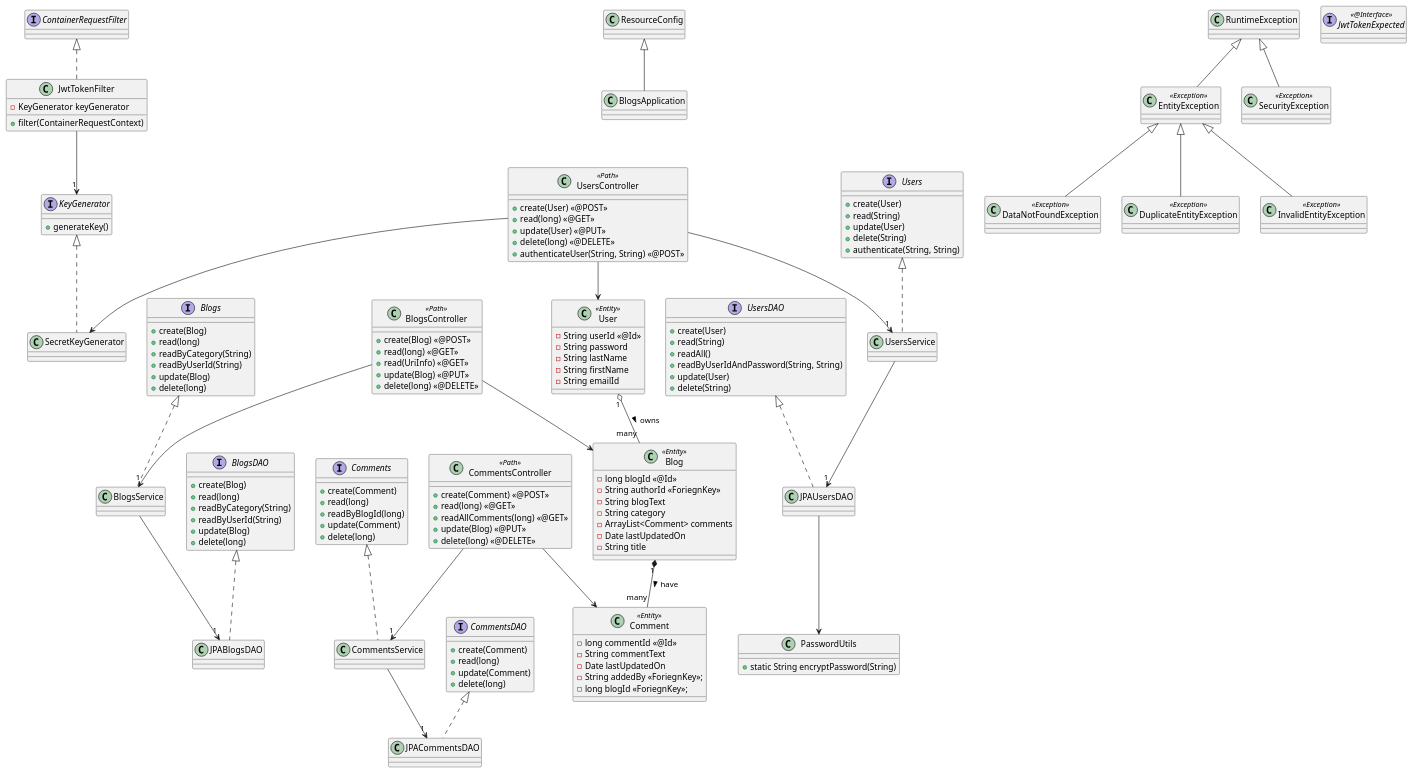
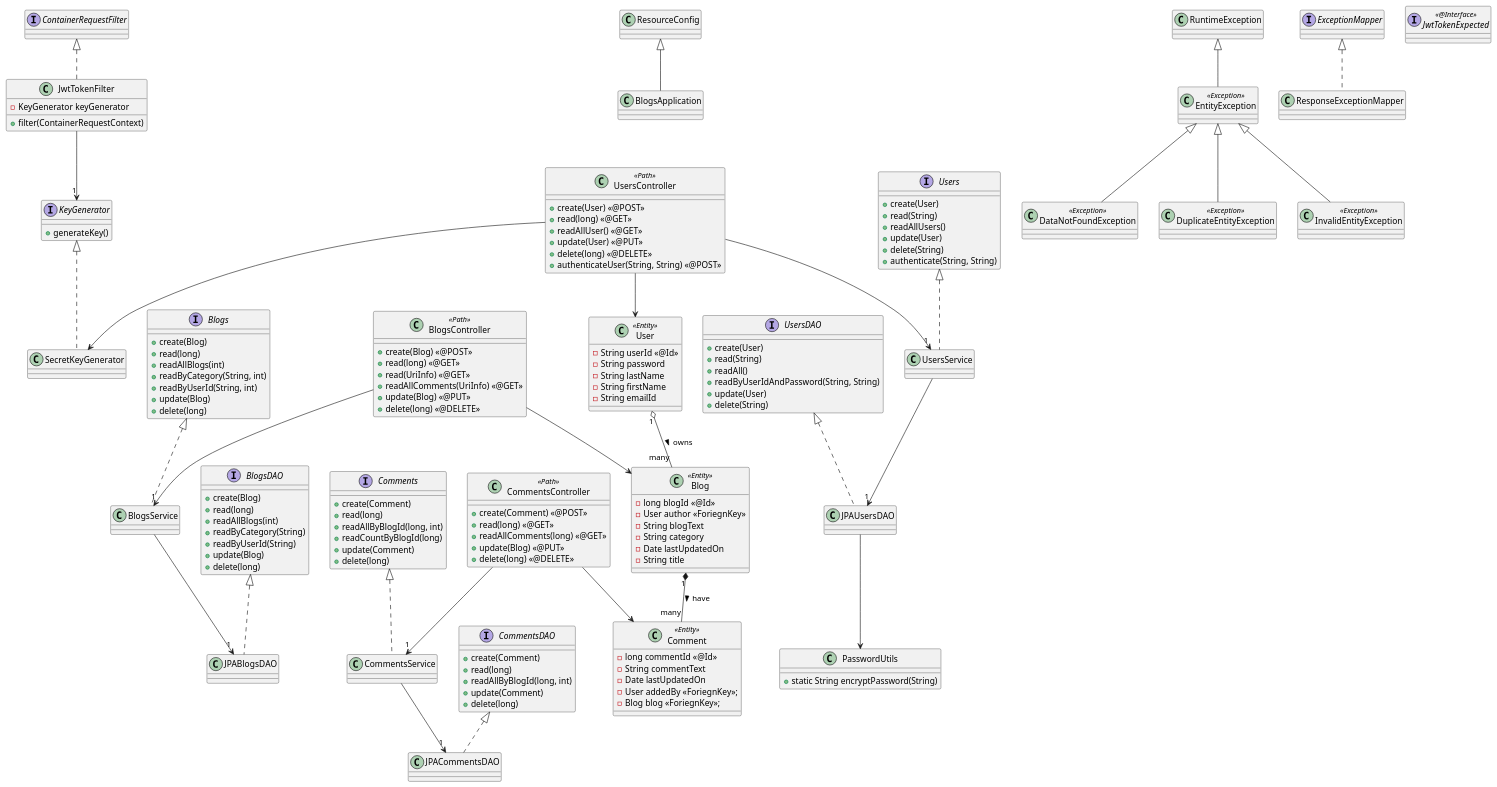
The diagram in cmad-blog/src/main/docs/uml/classes.puml (sankarprabhakar/cmad), drawn with PlantUML before and after one commit. The commit also changed 5 other files, not shown here.

Commit message:
arch diagram added

```diff
--- a/cmad-blog/src/main/docs/uml/classes.puml
+++ b/cmad-blog/src/main/docs/uml/classes.puml
@@ -1,183 +1,189 @@
 @startuml
 
 class Blog <<Entity>> {
  -long blogId <<@Id>>
- -String authorId <<ForiegnKey>>
+ -User author <<ForiegnKey>>
  -String blogText
  -String category
- -ArrayList<Comment> comments
  -Date lastUpdatedOn
  -String title
 }
 
 class User <<Entity>> {
  -String userId <<@Id>>
  -String password
  -String lastName
  -String firstName
  -String emailId
 }
 
 class Comment <<Entity>> {
  -long commentId <<@Id>>
  -String commentText
  -Date lastUpdatedOn
- -String addedBy <<ForiegnKey>>;
- -long blogId <<ForiegnKey>>;
+ -User addedBy <<ForiegnKey>>;
+ -Blog blog <<ForiegnKey>>;
 }
 
 Interface Users {
  +create(User)
  +read(String)
+ +readAllUsers()
  +update(User)
  +delete(String)
  +authenticate(String, String)
 }
 
 Interface Blogs {
  +create(Blog)
  +read(long)
- +readByCategory(String)
- +readByUserId(String)
+ +readAllBlogs(int)
+ +readByCategory(String, int)
+ +readByUserId(String, int)
  +update(Blog)
  +delete(long)
 }
 
 Interface Comments {
  +create(Comment)
  +read(long)
- +readByBlogId(long)
+ +readAllByBlogId(long, int)
+ +readCountByBlogId(long)
  +update(Comment)
  +delete(long)
 }
 
 Class UsersService implements Users {
 }
 
 Class BlogsService implements Blogs {
 }
 
 Class CommentsService implements Comments {
 }
 
 Interface BlogsDAO {
  +create(Blog)
  +read(long)
+ +readAllBlogs(int)
  +readByCategory(String)
  +readByUserId(String)
  +update(Blog)
  +delete(long)
 }
 
 Interface CommentsDAO {
  +create(Comment)
  +read(long)
+ +readAllByBlogId(long, int)
  +update(Comment)
  +delete(long)
 }
 
 
 Interface UsersDAO {
  +create(User)
  +read(String)
  +readAll()
  +readByUserIdAndPassword(String, String)
  +update(User)
  +delete(String)
 }
 
 Class JPAUsersDAO implements UsersDAO {
 }
 
 Class JPABlogsDAO implements BlogsDAO {
 }
 
 Class JPACommentsDAO implements CommentsDAO {
 }
 
 User "1" o-- "many" Blog : owns >
 Blog "1" *-- "many" Comment : have >
 
 UsersService --> "1" JPAUsersDAO
 BlogsService --> "1" JPABlogsDAO
 CommentsService --> "1" JPACommentsDAO
 
 Class BlogsApplication extends ResourceConfig {
 }
 
 Class BlogsController <<Path>> {
  +create(Blog) <<@POST>>
  +read(long) <<@GET>>
  +read(UriInfo) <<@GET>>
+ +readAllComments(UriInfo) <<@GET>>
  +update(Blog) <<@PUT>>
  +delete(long) <<@DELETE>>
 }
 
 BlogsController --> "1" BlogsService
 BlogsController --> Blog
 
 Class CommentsController <<Path>> {
  +create(Comment) <<@POST>>
  +read(long) <<@GET>>
  +readAllComments(long) <<@GET>>
  +update(Blog) <<@PUT>>
  +delete(long) <<@DELETE>>
 }
 
 CommentsController --> "1" CommentsService
 CommentsController --> Comment
 
 Class UsersController <<Path>> {
  +create(User) <<@POST>>
  +read(long) <<@GET>>
+ +readAllUser() <<@GET>>
  +update(User) <<@PUT>>
  +delete(long) <<@DELETE>>
  +authenticateUser(String, String) <<@POST>>
 }
 
 UsersController --> "1" UsersService
 UsersController --> User
 
 ' ERROR HANDLING
 
 Class EntityException <<Exception>> extends RuntimeException {
 }
 
 Class DataNotFoundException <<Exception>> extends EntityException {
 }
 
 Class DuplicateEntityException <<Exception>> extends EntityException {
 }
 
 Class InvalidEntityException <<Exception>> extends EntityException {
 }
 
-Class SecurityException <<Exception>> extends RuntimeException {
+Class ResponseExceptionMapper implements ExceptionMapper {
 }
 
 ' AUTHENTICATION 
 
 Interface JwtTokenExpected <<@Interface>>{
 }
 
 Class JwtTokenFilter implements ContainerRequestFilter {
  -KeyGenerator keyGenerator
  +filter(ContainerRequestContext)
 }
 
 Interface KeyGenerator{
  +generateKey()
 }
 
 Class SecretKeyGenerator implements KeyGenerator{
 }
 
 Class PasswordUtils {
  +static String encryptPassword(String)
 }
 
 JwtTokenFilter --> "1" KeyGenerator
 JPAUsersDAO --> PasswordUtils
 UsersController --> SecretKeyGenerator
 
 @enduml
```
